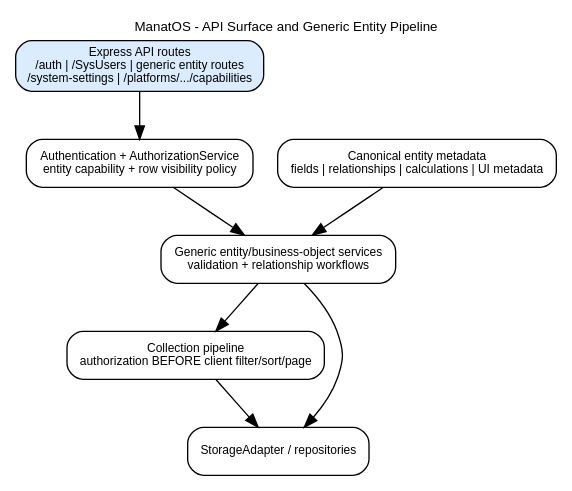
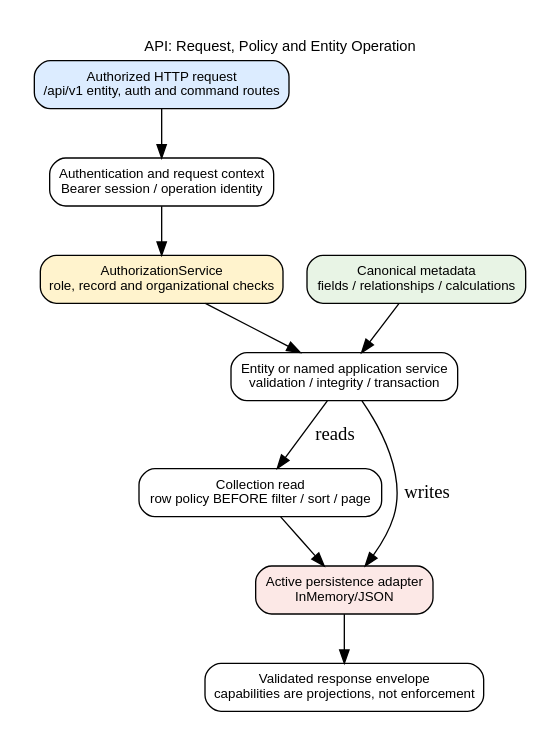
One commit to ymanatos1/ManatOS changed the diagram in docs/diagrams/05-api-endpoints-operations.dot. Above: the diagram before and after it, drawn with Graphviz. The commit also changed 1454 other files, not shown here.

Commit message:
Multi UIs new architecture.

```diff
--- a/docs/diagrams/05-api-endpoints-operations.dot
+++ b/docs/diagrams/05-api-endpoints-operations.dot
@@ -1,11 +1,18 @@
-digraph G {
- graph [fontname="Arial", fontsize=10, bgcolor="white", labelloc="t", label="ManatOS - API Surface and Generic Entity Pipeline"];
- node [fontname="Arial", fontsize=9, shape=box, style="rounded,filled", fillcolor="white"]; edge [fontname="Arial", fontsize=8]; rankdir=TB;
- routes [label="Express API routes\n/auth | /SysUsers | generic entity routes\n/system-settings | /platforms/.../capabilities", fillcolor="#dcecff"];
- auth [label="Authentication + AuthorizationService\nentity capability + row visibility policy"];
- meta [label="Canonical entity metadata\nfields | relationships | calculations | UI metadata"];
- service [label="Generic entity/business-object services\nvalidation + relationship workflows"];
- query [label="Collection pipeline\nauthorization BEFORE client filter/sort/page"];
- store [label="StorageAdapter / repositories"];
- routes -> auth -> service; meta -> service; service -> query; query -> store; service -> store;
+digraph Api {
+ graph [fontname="Arial",fontsize=11,bgcolor="white",labelloc="t",label="API: Request, Policy and Entity Operation",pad="0.25",rankdir=TB];
+ node [fontname="Arial",fontsize=10,shape=box,style="rounded,filled",fillcolor="white"];
+ request [label="Authorized HTTP request\n/api/v1 entity, auth and command routes",fillcolor="#dcecff"];
+ authn [label="Authentication and request context\nBearer session / operation identity"];
+ policy [label="AuthorizationService\nrole, record and organizational checks",fillcolor="#fff3cd"];
+ meta [label="Canonical metadata\nfields / relationships / calculations",fillcolor="#e8f4e5"];
+ service [label="Entity or named application service\nvalidation / integrity / transaction"];
+ query [label="Collection read\nrow policy BEFORE filter / sort / page"];
+ storage [label="Active persistence adapter\nInMemory/JSON",fillcolor="#fce8e6"];
+ result [label="Validated response envelope\ncapabilities are projections, not enforcement"];
+ request -> authn -> policy -> service;
+ meta -> service;
+ service -> query [label="reads"];
+ query -> storage;
+ service -> storage [label="writes"];
+ storage -> result;
 }
```
